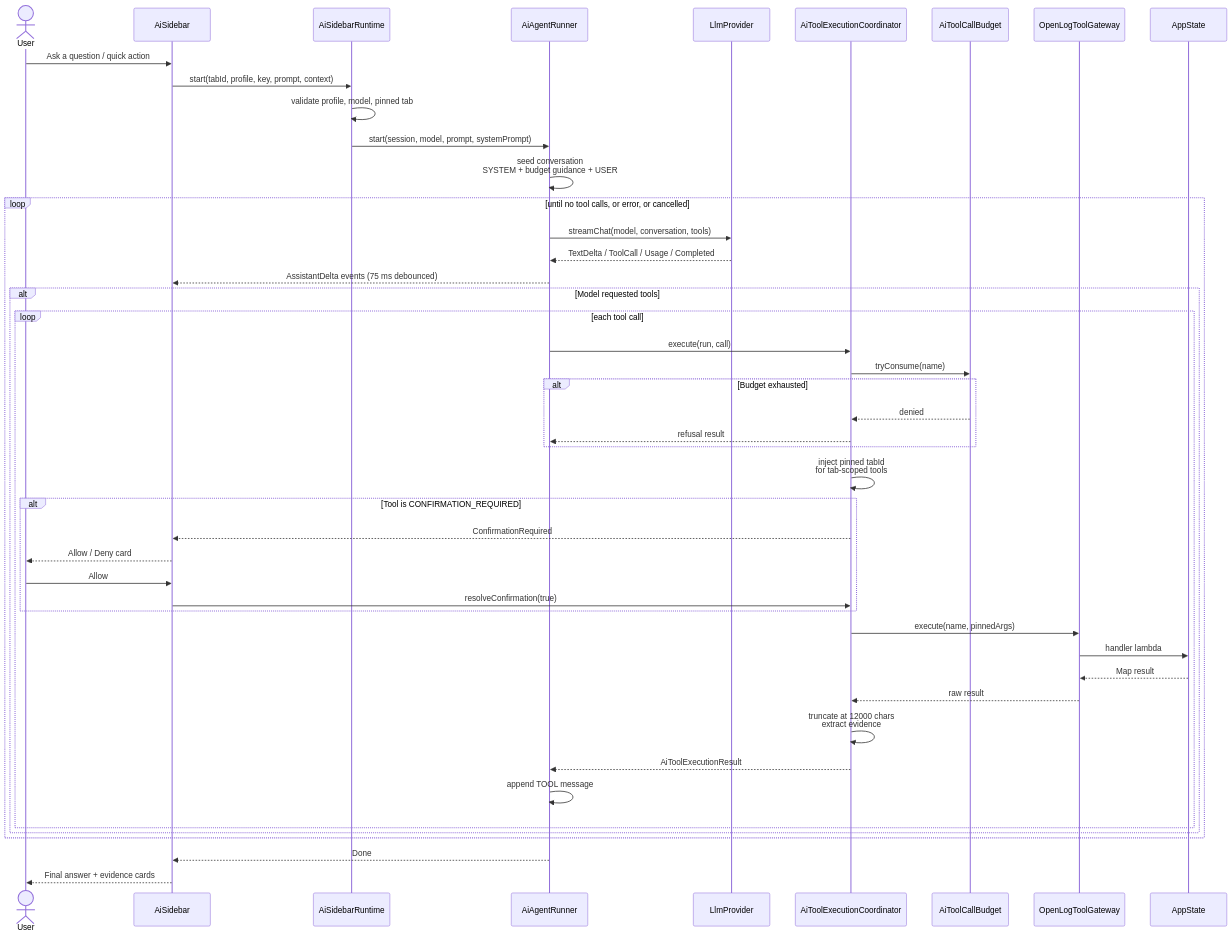
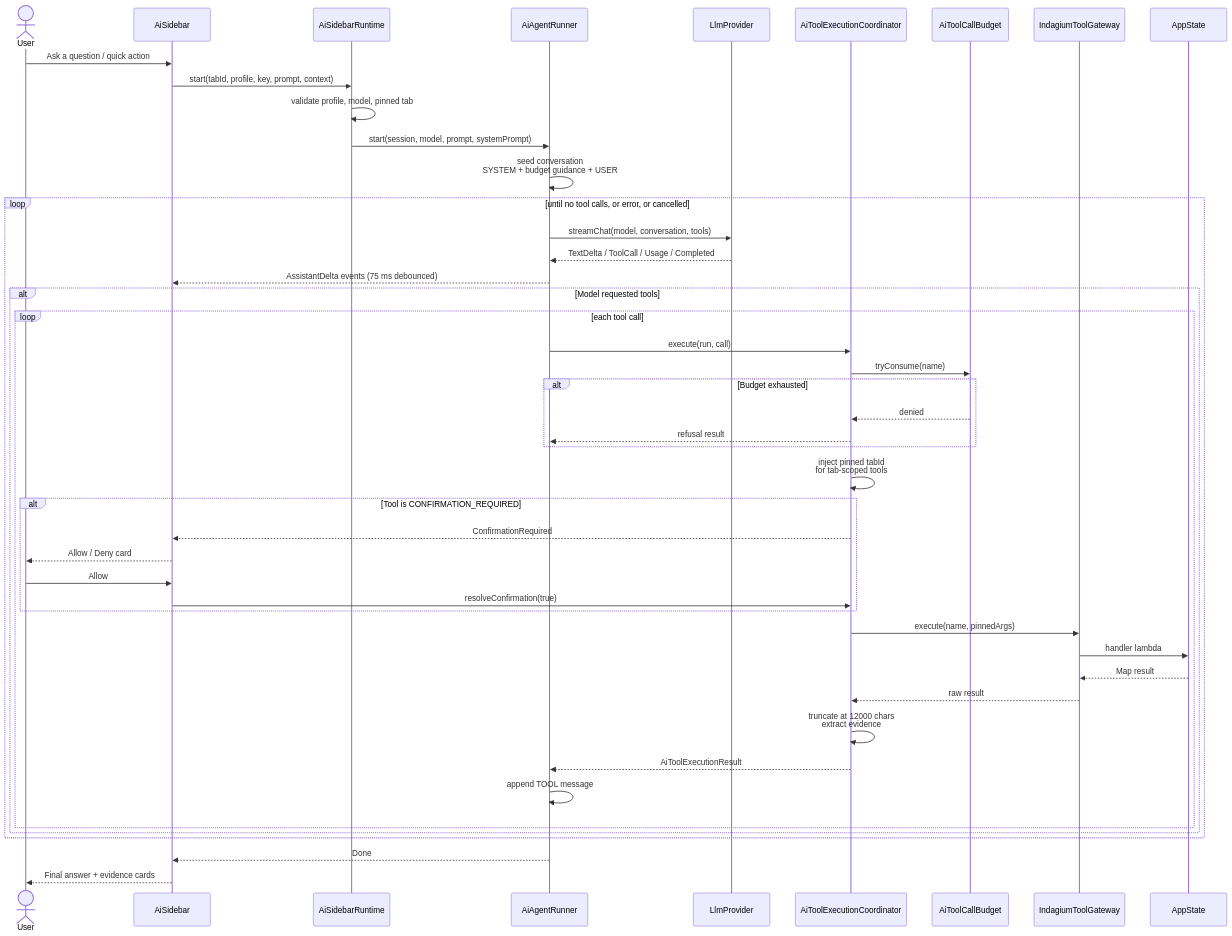
The tenth of 14 diagrams in docs/SAAD.md (indagium/indagium), drawn with Mermaid before and after one commit. The commit also changed other lines of this file and 20 other files, not shown here.

````diff
--- a/docs/SAAD.md
+++ b/docs/SAAD.md
@@ -1447,53 +1483,53 @@
 ```mermaid
 sequenceDiagram
     actor User
     participant Sidebar as AiSidebar
     participant Runtime as AiSidebarRuntime
     participant Runner as AiAgentRunner
     participant Provider as LlmProvider
     participant Policy as AiToolExecutionCoordinator
     participant Budget as AiToolCallBudget
-    participant Gateway as OpenLogToolGateway
+    participant Gateway as IndagiumToolGateway
     participant State as AppState
 
     User->>Sidebar: Ask a question / quick action
     Sidebar->>Runtime: start(tabId, profile, key, prompt, context)
     Runtime->>Runtime: validate profile, model, pinned tab
     Runtime->>Runner: start(session, model, prompt, systemPrompt)
 
     Runner->>Runner: seed conversation<br/>SYSTEM + budget guidance + USER
 
     loop until no tool calls, or error, or cancelled
         Runner->>Provider: streamChat(model, conversation, tools)
         Provider-->>Runner: TextDelta / ToolCall / Usage / Completed
         Runner-->>Sidebar: AssistantDelta events (75 ms debounced)
 
         alt Model requested tools
             loop each tool call
                 Runner->>Policy: execute(run, call)
                 Policy->>Budget: tryConsume(name)
                 alt Budget exhausted
                     Budget-->>Policy: denied
                     Policy-->>Runner: refusal result
                 end
                 Policy->>Policy: inject pinned tabId<br/>for tab-scoped tools
                 alt Tool is CONFIRMATION_REQUIRED
                     Policy-->>Sidebar: ConfirmationRequired
                     Sidebar-->>User: Allow / Deny card
                     User->>Sidebar: Allow
                     Sidebar->>Policy: resolveConfirmation(true)
                 end
                 Policy->>Gateway: execute(name, pinnedArgs)
                 Gateway->>State: handler lambda
                 State-->>Gateway: Map result
                 Gateway-->>Policy: raw result
                 Policy->>Policy: truncate at 12000 chars<br/>extract evidence
                 Policy-->>Runner: AiToolExecutionResult
                 Runner->>Runner: append TOOL message
             end
         end
     end
 
     Runner-->>Sidebar: Done
     Sidebar-->>User: Final answer + evidence cards
 ```
````
